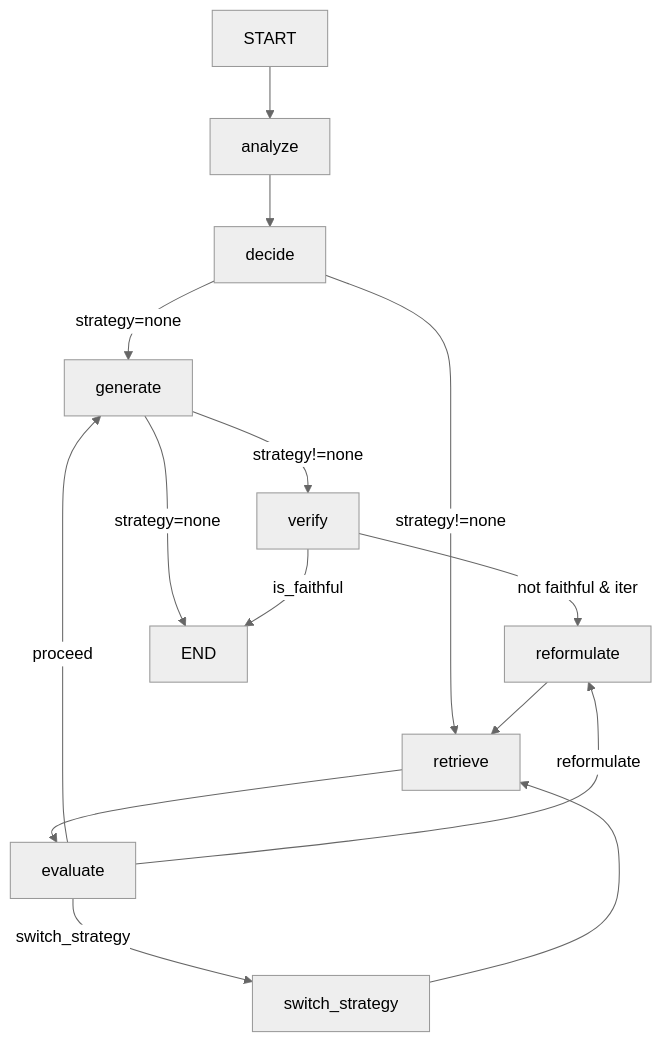
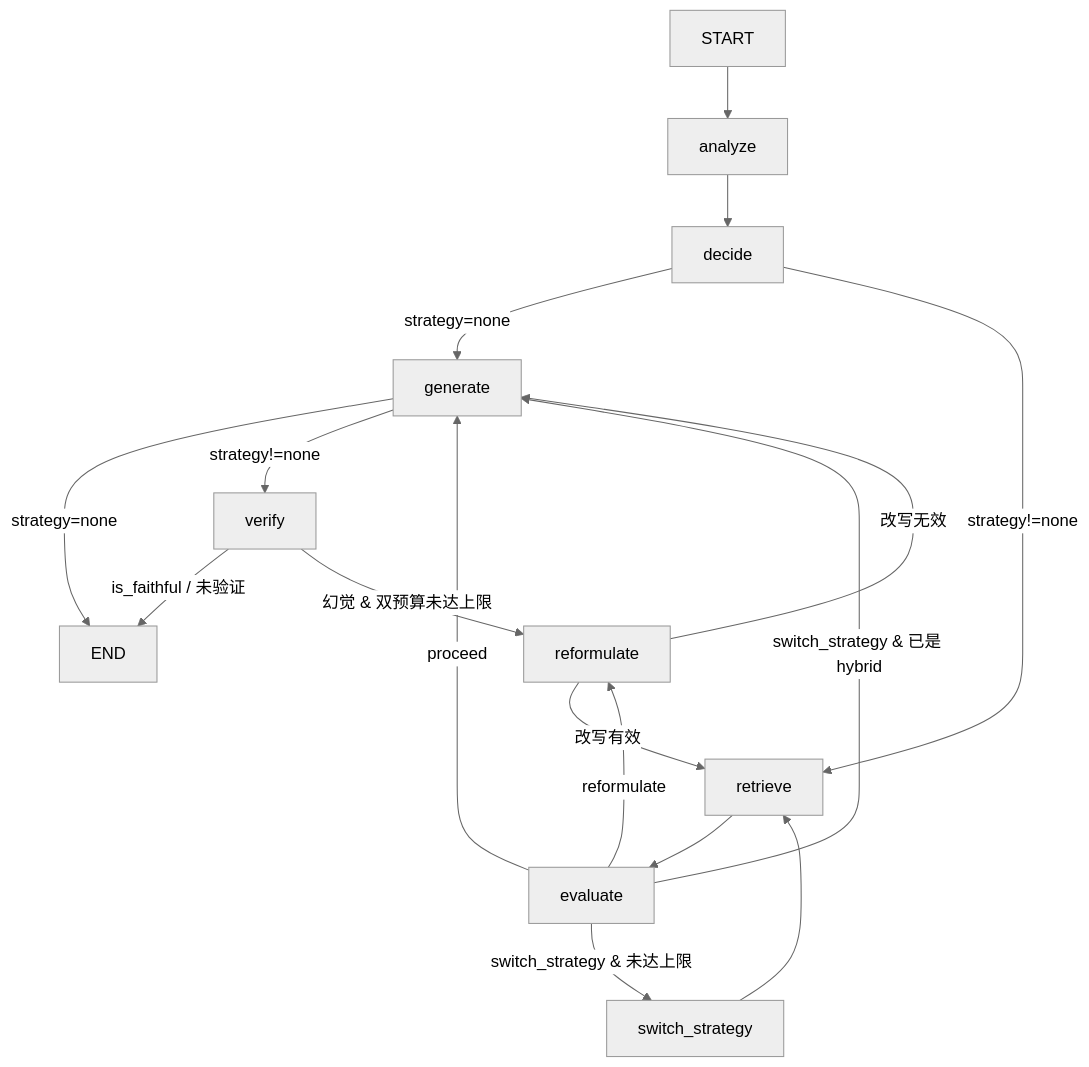
One commit to yyc2417/RAGForge changed the first of 2 diagrams in docs/modules/agent.md. Above: the diagram before and after it, drawn with Mermaid (neutral theme). The commit also changed other lines of this file and 15 other files, not shown here.

````diff
--- a/docs/modules/agent.md
+++ b/docs/modules/agent.md
@@ -49,17 +50,19 @@
 ```mermaid
 graph TD
     START --> Analyze[analyze]
     Analyze --> Decide[decide]
     Decide -->|strategy=none| Generate[generate]
     Decide -->|strategy!=none| Retrieve[retrieve]
     Retrieve --> Evaluate[evaluate]
     Evaluate -->|proceed| Generate
-    Evaluate -->|switch_strategy| Switch[switch_strategy]
+    Evaluate -->|switch_strategy & 未达上限| Switch[switch_strategy]
+    Evaluate -->|switch_strategy & 已是 hybrid| Generate
     Evaluate -->|reformulate| Reformulate[reformulate]
     Switch --> Retrieve
-    Reformulate --> Retrieve
+    Reformulate -->|改写有效| Retrieve
+    Reformulate -->|改写无效| Generate
     Generate -->|strategy=none| END
     Generate -->|strategy!=none| Verify[verify]
-    Verify -->|is_faithful| END
-    Verify -->|not faithful & iter<max| Reformulate
+    Verify -->|is_faithful / 未验证| END
+    Verify -->|幻觉 & 双预算未达上限| Reformulate
 ```
````
